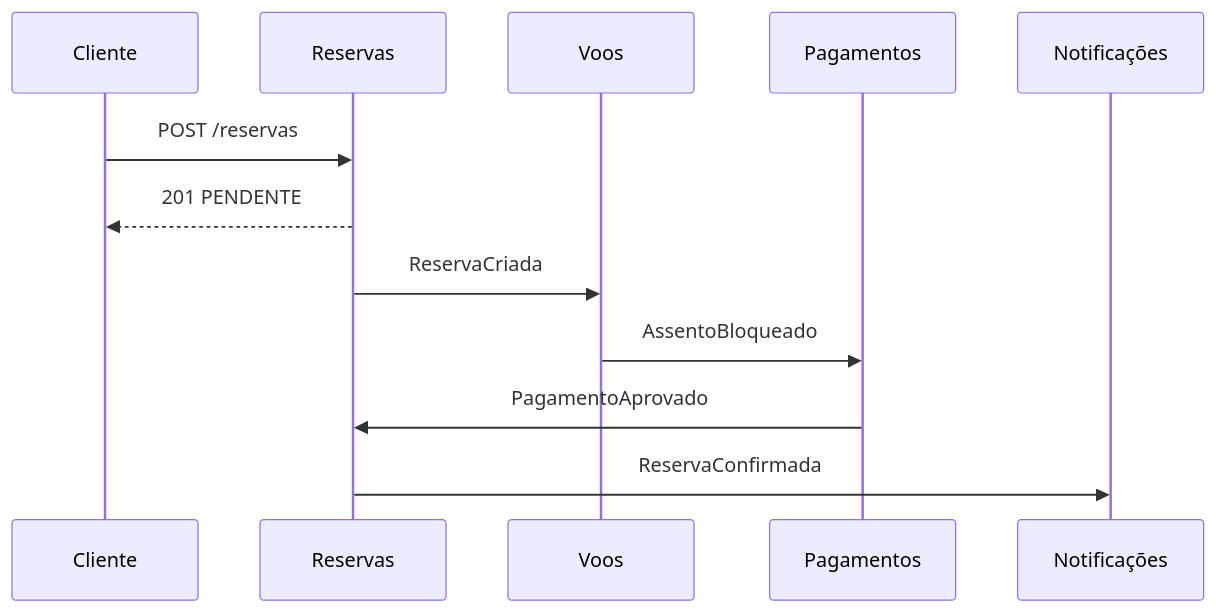
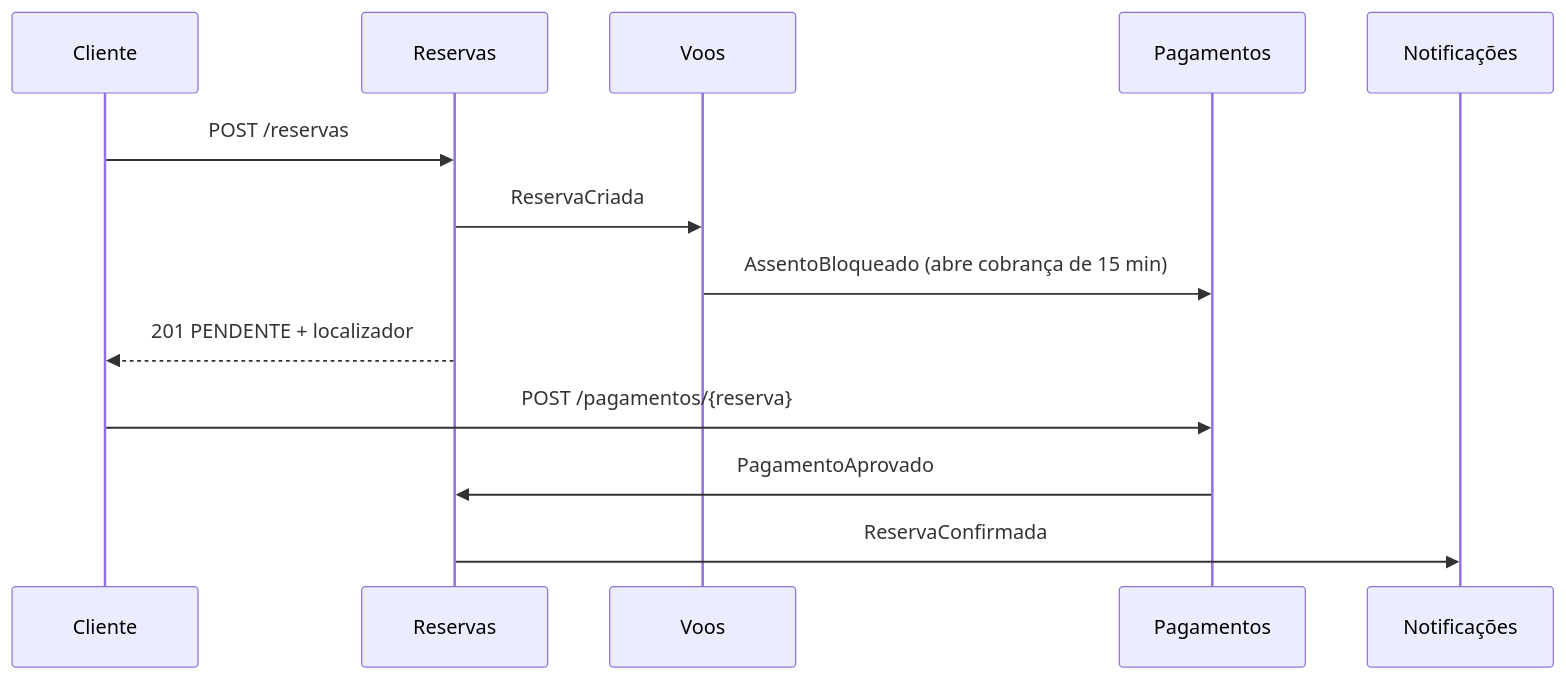
The second of 2 diagrams in README.md (EriveltonJr/reservas-aereas), drawn with Mermaid before and after one commit. The commit also changed other lines of this file and 51 other files, not shown here.

````diff
--- a/README.md
+++ b/README.md
@@ -57,14 +65,15 @@
 ```mermaid
 sequenceDiagram
     participant C as Cliente
     participant R as Reservas
     participant V as Voos
     participant P as Pagamentos
     participant N as Notificações
     C->>R: POST /reservas
-    R-->>C: 201 PENDENTE
     R->>V: ReservaCriada
-    V->>P: AssentoBloqueado
+    V->>P: AssentoBloqueado (abre cobrança de 15 min)
+    R-->>C: 201 PENDENTE + localizador
+    C->>P: POST /pagamentos/{reserva}
     P->>R: PagamentoAprovado
     R->>N: ReservaConfirmada
 ```
````
